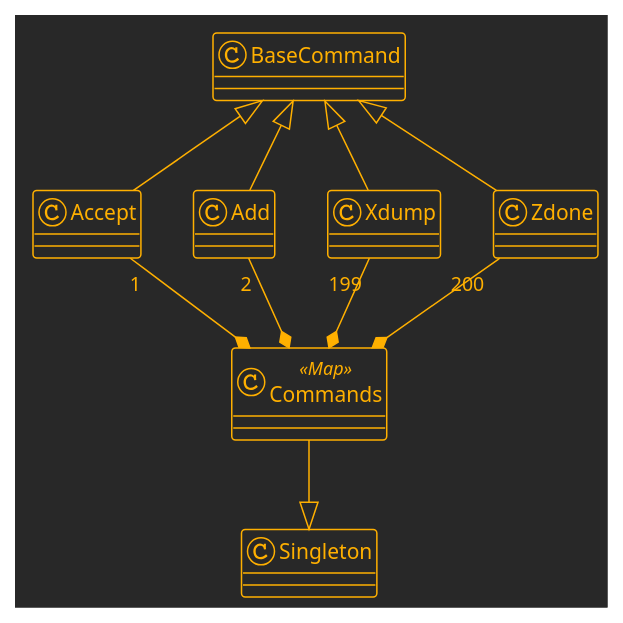
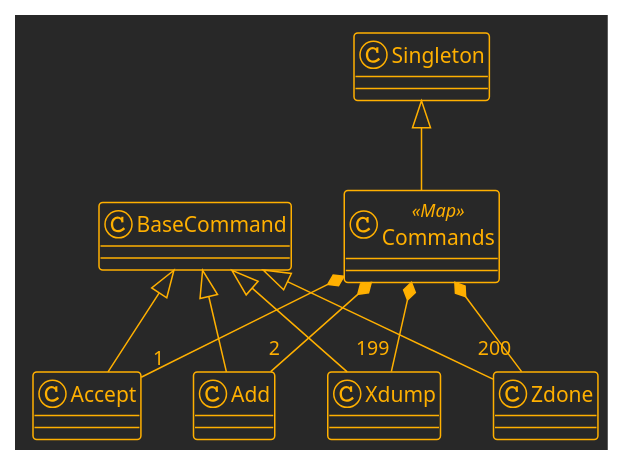
One commit to marknelsonengineer/empire changed the fourth of 10 diagrams in DESIGN_CONCEPTS.md. Above: the diagram before and after it, drawn with PlantUML. The commit also changed other lines of this file and 1 other file, not shown here.

```diff
--- a/DESIGN_CONCEPTS.md
+++ b/DESIGN_CONCEPTS.md
@@ -158,23 +156,25 @@
 @startuml
 !theme crt-amber
 skinparam classAttributeIconSize 0
 
 class BaseCommand
 class Singleton
 class Commands <<Map>>
+class Xdump
+class Zdone
 class Accept
 class Add
-class Xdump
-class Zdone
 
-Commands      --|>     Singleton
-Accept        -up-|>   BaseCommand
-Add           -up-|>   BaseCommand
-Xdump         -up-|>   BaseCommand
-Zdone         -up-|>   BaseCommand
-Accept "1"    --*      Commands
-Add "2"       --*      Commands
-Xdump "199"   --*      Commands
-Zdone "200"   --*      Commands
+Singleton <|-- Commands
+
+BaseCommand <|-- Zdone
+BaseCommand <|-- Xdump
+BaseCommand <|-- Add   
+BaseCommand <|-- Accept
+
+Commands *-- "200" Zdone
+Commands *-- "199" Xdump
+Commands *-- "2" Add
+Commands *-- "1" Accept
 
 @enduml
```
